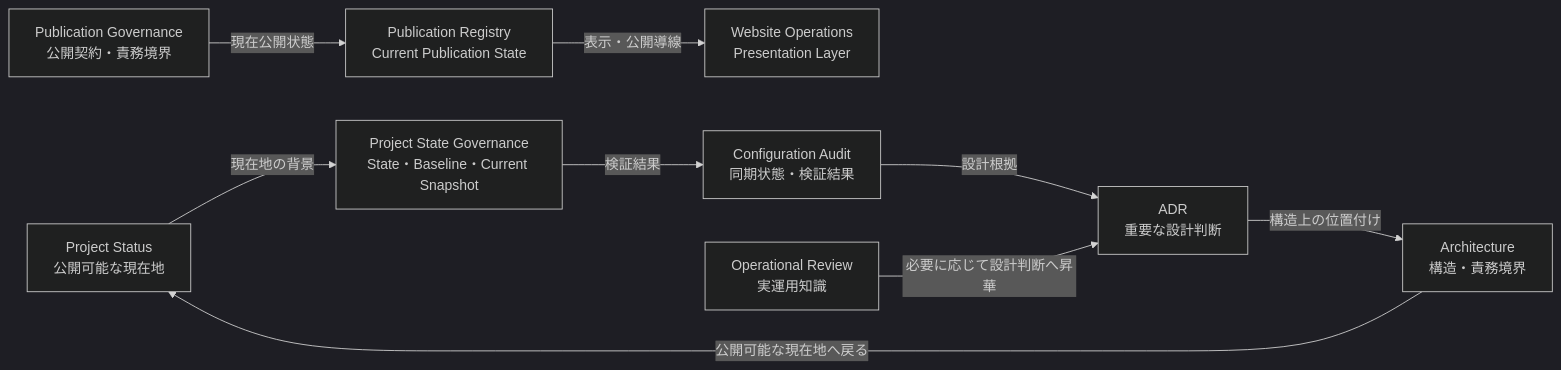
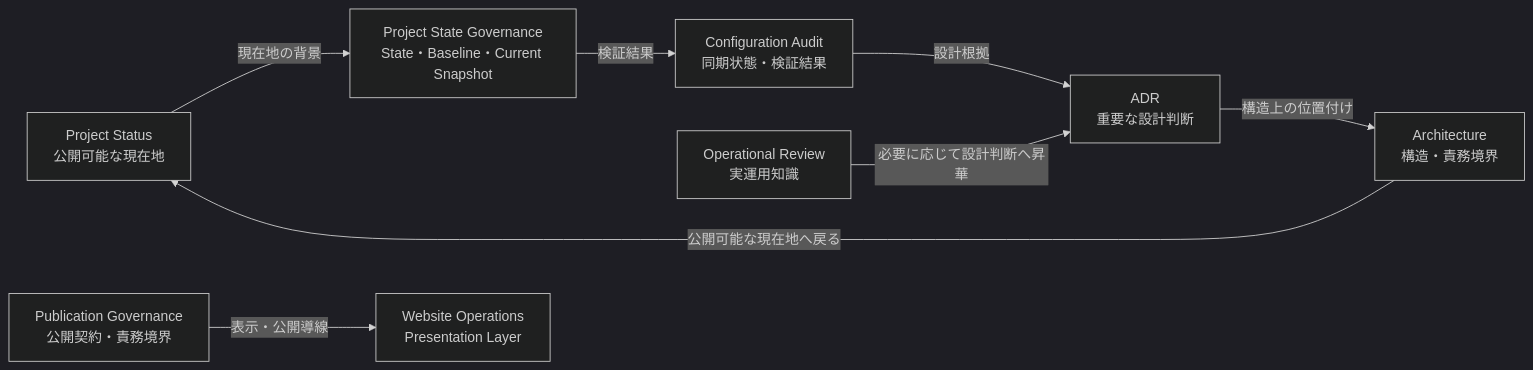
One commit to fctaityo/fctaityo.github.io changed the diagram in docs/public/README-public.md. Above: the diagram before and after it, drawn with Mermaid (dark theme). The commit also changed other lines of this file, not shown here.

````diff
--- a/docs/public/README-public.md
+++ b/docs/public/README-public.md
@@ -39,21 +39,19 @@
 ```mermaid
 flowchart LR
     Status["Project Status<br/>公開可能な現在地"]
     ProjectState["Project State Governance<br/>State・Baseline・Current Snapshot"]
     PublicationGovernance["Publication Governance<br/>公開契約・責務境界"]
-    PublicationRegistry["Publication Registry<br/>Current Publication State"]
     Website["Website Operations<br/>Presentation Layer"]
     Audit["Configuration Audit<br/>同期状態・検証結果"]
     ADR["ADR<br/>重要な設計判断"]
     Architecture["Architecture<br/>構造・責務境界"]
     Review["Operational Review<br/>実運用知識"]
 
     Status -->|"現在地の背景"| ProjectState
     ProjectState -->|"検証結果"| Audit
-    PublicationGovernance -->|"現在公開状態"| PublicationRegistry
-    PublicationRegistry -->|"表示・公開導線"| Website
+    PublicationGovernance -->|"表示・公開導線"| Website
     Audit -->|"設計根拠"| ADR
     ADR -->|"構造上の位置付け"| Architecture
     Review -->|"必要に応じて設計判断へ昇華"| ADR
     Architecture -->|"公開可能な現在地へ戻る"| Status
 ```
````
